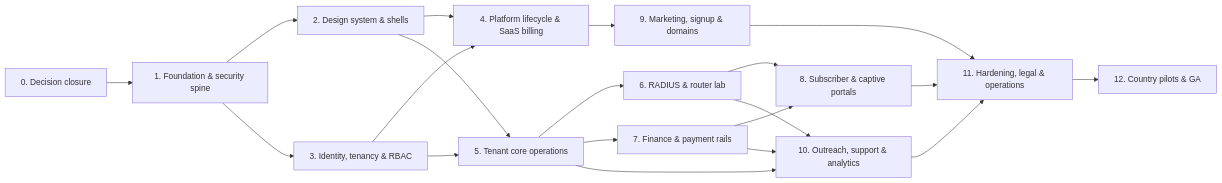
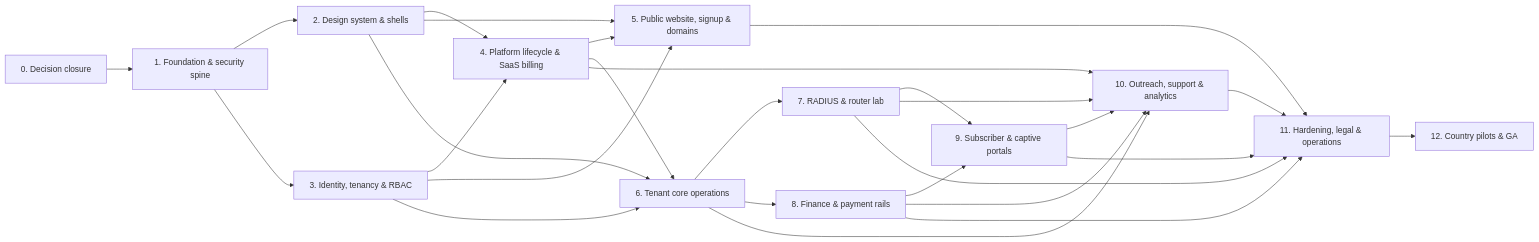
The diagram in docs/IMPLEMENTATION-PLAN.md (mylescorp/mylesnet), drawn with Mermaid before and after one commit. The commit also changed other lines of this file and 3 other files, not shown here.

Commit message:
fix: align roadmap and Node engine requirements

````diff
--- a/docs/IMPLEMENTATION-PLAN.md
+++ b/docs/IMPLEMENTATION-PLAN.md
@@ -73,22 +73,29 @@
 ```mermaid
 flowchart LR
   P0[0. Decision closure] --> P1[1. Foundation & security spine]
   P1 --> P2[2. Design system & shells]
   P1 --> P3[3. Identity, tenancy & RBAC]
   P2 --> P4[4. Platform lifecycle & SaaS billing]
   P3 --> P4
-  P3 --> P5[5. Tenant core operations]
-  P2 --> P5
-  P5 --> P6[6. RADIUS & router lab]
-  P5 --> P7[7. Finance & payment rails]
-  P6 --> P8[8. Subscriber & captive portals]
-  P7 --> P8
-  P4 --> P9[9. Marketing, signup & domains]
-  P5 --> P10[10. Outreach, support & analytics]
+  P2 --> P5[5. Public website, signup & domains]
+  P3 --> P5
+  P4 --> P5
+  P2 --> P6[6. Tenant core operations]
+  P3 --> P6
+  P4 --> P6
+  P6 --> P7[7. RADIUS & router lab]
+  P6 --> P8[8. Finance & payment rails]
+  P7 --> P9[9. Subscriber & captive portals]
+  P8 --> P9
+  P4 --> P10[10. Outreach, support & analytics]
   P6 --> P10
   P7 --> P10
-  P8 --> P11[11. Hardening, legal & operations]
+  P8 --> P10
+  P9 --> P10
+  P5 --> P11[11. Hardening, legal & operations]
+  P7 --> P11
+  P8 --> P11
   P9 --> P11
   P10 --> P11
   P11 --> P12[12. Country pilots & GA]
 ```
````
